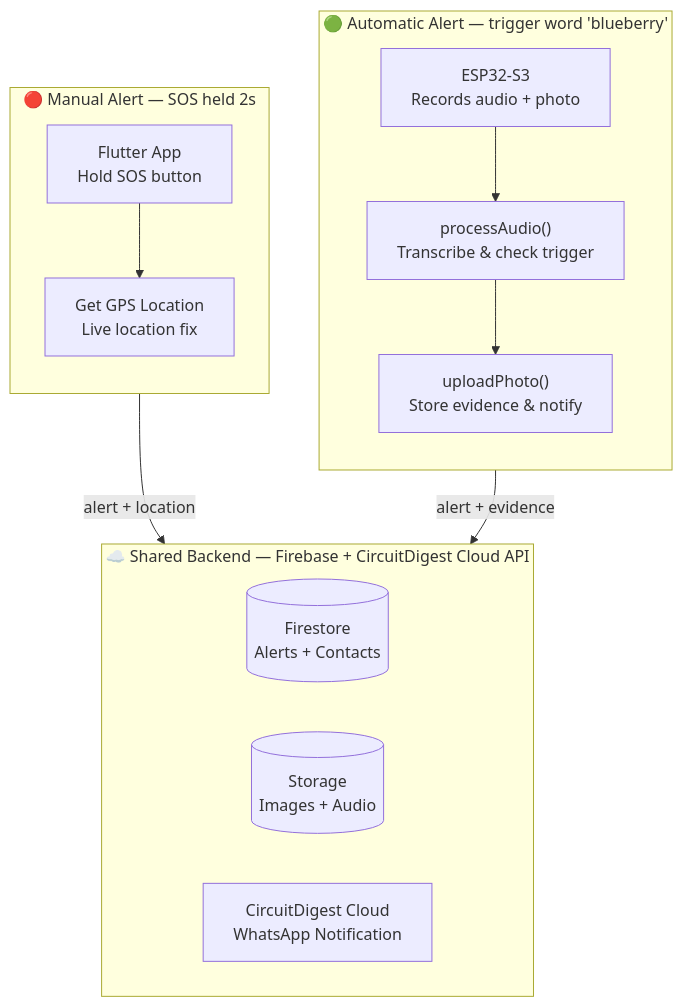
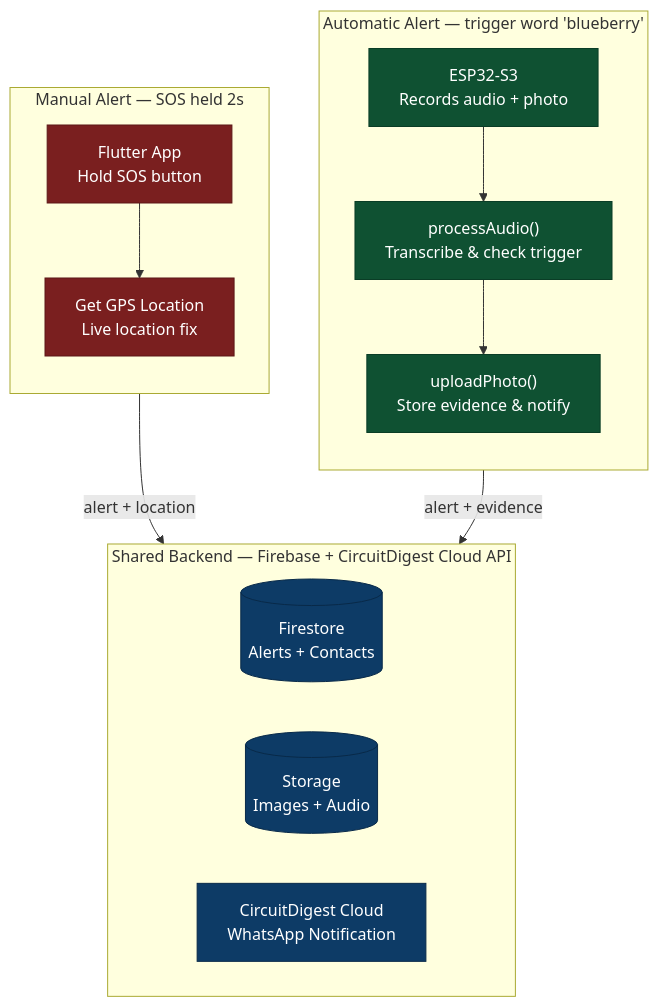
Before and after one commit to SubashreeT24/SheAlert: the diagram in README.md, drawn with Mermaid. The commit also changed other lines of this file, not shown here.

````diff
--- a/README.md
+++ b/README.md
@@ -63,27 +67,34 @@
 ```mermaid
 flowchart TD
-    subgraph AUTO["🟢 Automatic Alert — trigger word 'blueberry'"]
+    subgraph AUTO["Automatic Alert — trigger word 'blueberry'"]
         direction TB
         A1["ESP32-S3<br/>Records audio + photo"]
         A2["processAudio()<br/>Transcribe & check trigger"]
         A3["uploadPhoto()<br/>Store evidence & notify"]
         A1 --> A2 --> A3
     end
 
-    subgraph MANUAL["🔴 Manual Alert — SOS held 2s"]
+    subgraph MANUAL["Manual Alert — SOS held 2s"]
         direction TB
         M1["Flutter App<br/>Hold SOS button"]
         M2["Get GPS Location<br/>Live location fix"]
         M1 --> M2
     end
 
-    subgraph SHARED["☁️ Shared Backend — Firebase + CircuitDigest Cloud API"]
+    subgraph SHARED["Shared Backend — Firebase + CircuitDigest Cloud API"]
         direction LR
         F[("Firestore<br/>Alerts + Contacts")]
         S[("Storage<br/>Images + Audio")]
         C["CircuitDigest Cloud<br/>WhatsApp Notification"]
     end
 
     A3 -->|"alert + evidence"| SHARED
     M2 -->|"alert + location"| SHARED
+
+    classDef auto fill:#0f5132,stroke:#0a3d26,color:#fff
+    classDef manual fill:#7a1f1f,stroke:#5c1717,color:#fff
+    classDef shared fill:#0d3b66,stroke:#092a49,color:#fff
+    class A1,A2,A3 auto
+    class M1,M2 manual
+    class F,S,C shared
 ```
````
